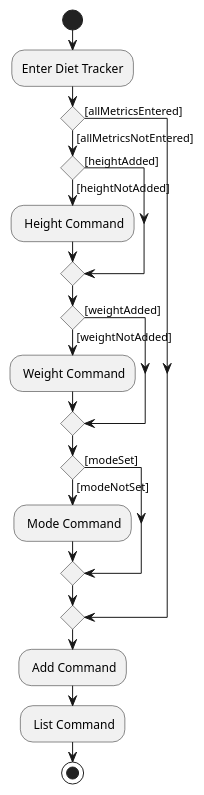
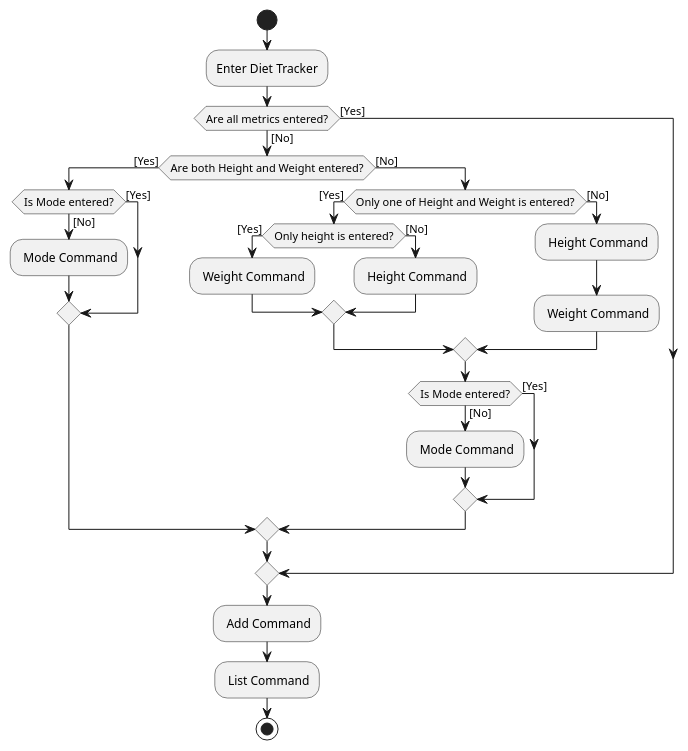
The diagram in docs/diagrams/DietTrackerActivityDiagram.puml (nus-cs2103-AY1920S2/addressbook-level3), drawn with PlantUML before and after one commit. The commit also changed 1 other file, not shown here.

Commit message:
Update Activity diagram for diet

```diff
--- a/docs/diagrams/DietTrackerActivityDiagram.puml
+++ b/docs/diagrams/DietTrackerActivityDiagram.puml
@@ -1,42 +1,45 @@
 @startuml
-/' @author @jarrod-bob'/
+/' @author @akhilvuputuri @jarrod-bob'/
 
 start
 
 :Enter Diet Tracker;
 
-if () then ([allMetricsNotEntered])
-
-    if () then ([heightNotAdded])
-    : Height Command;
-
-    else ([heightAdded])
-
-    endif
-        if () then ([weightNotAdded])
-        : Weight Command;
-
-        else ([weightAdded])
-        endif
-
-            if () then ([modeNotSet])
-            : Mode Command;
-
-            else ([modeSet])
-
-            endif
 
 
+if (Are all metrics entered?) then ([Yes])
 
+else ([No])
+    if (Are both Height and Weight entered?) then ([Yes])
+        if (Is Mode entered?) then ([Yes])
 
-else ([allMetricsEntered])
+        else ([No])
+            : Mode Command;
+        endif
+    else ([No])
+        if (Only one of Height and Weight is entered?) then ([Yes])
+            if (Only height is entered?) then ([Yes])
+                : Weight Command;
+            else ([No])
+                : Height Command;
+            endif
+        else ([No])
+            : Height Command;
+            : Weight Command;
+        endif
+        if (Is Mode entered?) then ([Yes])
+
+                else ([No])
+                    : Mode Command;
+                endif
+    endif
 
 endif
 
 
 : Add Command;
 
 : List Command;
 
 stop
 @enduml
```
